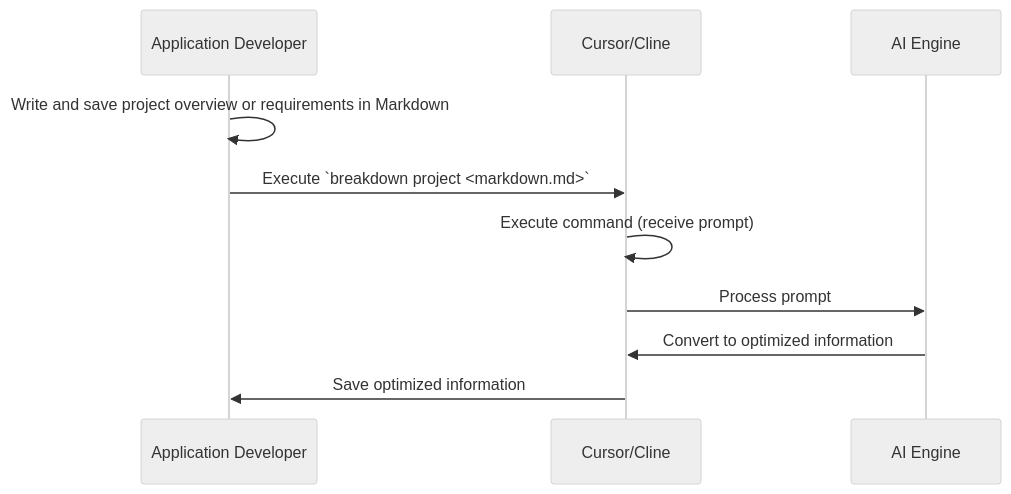
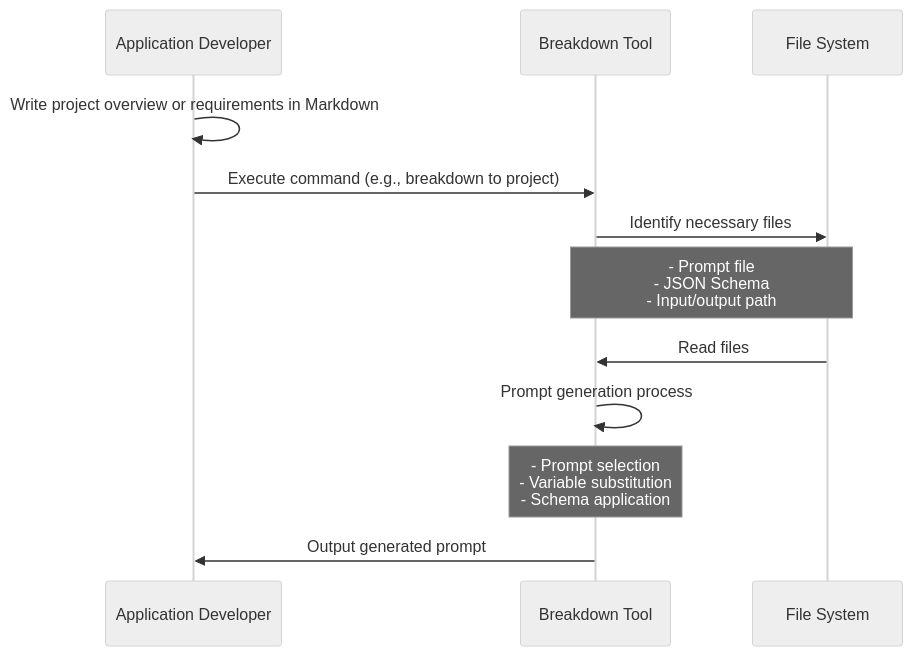
One commit to tettuan/breakdown changed the first of 2 diagrams in docs/index.md. Above: the diagram before and after it, drawn with Mermaid (neutral theme). The commit also changed other lines of this file and 2 other files, not shown here.

````diff
--- a/docs/index.md
+++ b/docs/index.md
@@ -31,13 +32,15 @@
 ```mermaid
 sequenceDiagram
   participant Developer as Application Developer
-  participant CursorCline as Cursor/Cline
-  participant AI as AI Engine
+  participant Breakdown as Breakdown Tool
+  participant Files as File System
 
-  Developer->>Developer: Write and save project overview or requirements in Markdown
-  Developer->>CursorCline: Execute `breakdown project <markdown.md>`
-  CursorCline->>CursorCline: Execute command (receive prompt)
-  CursorCline->>AI: Process prompt
-  AI->>CursorCline: Convert to optimized information
-  CursorCline->>Developer: Save optimized information
+  Developer->>Developer: Write project overview or requirements in Markdown
+  Developer->>Breakdown: Execute command (e.g., breakdown to project)
+  Breakdown->>Files: Identify necessary files
+  Note over Breakdown,Files: - Prompt file<br>- JSON Schema<br>- Input/output path
+  Files->>Breakdown: Read files
+  Breakdown->>Breakdown: Prompt generation process
+  Note over Breakdown: - Prompt selection<br>- Variable substitution<br>- Schema application
+  Breakdown->>Developer: Output generated prompt
 ```
````
